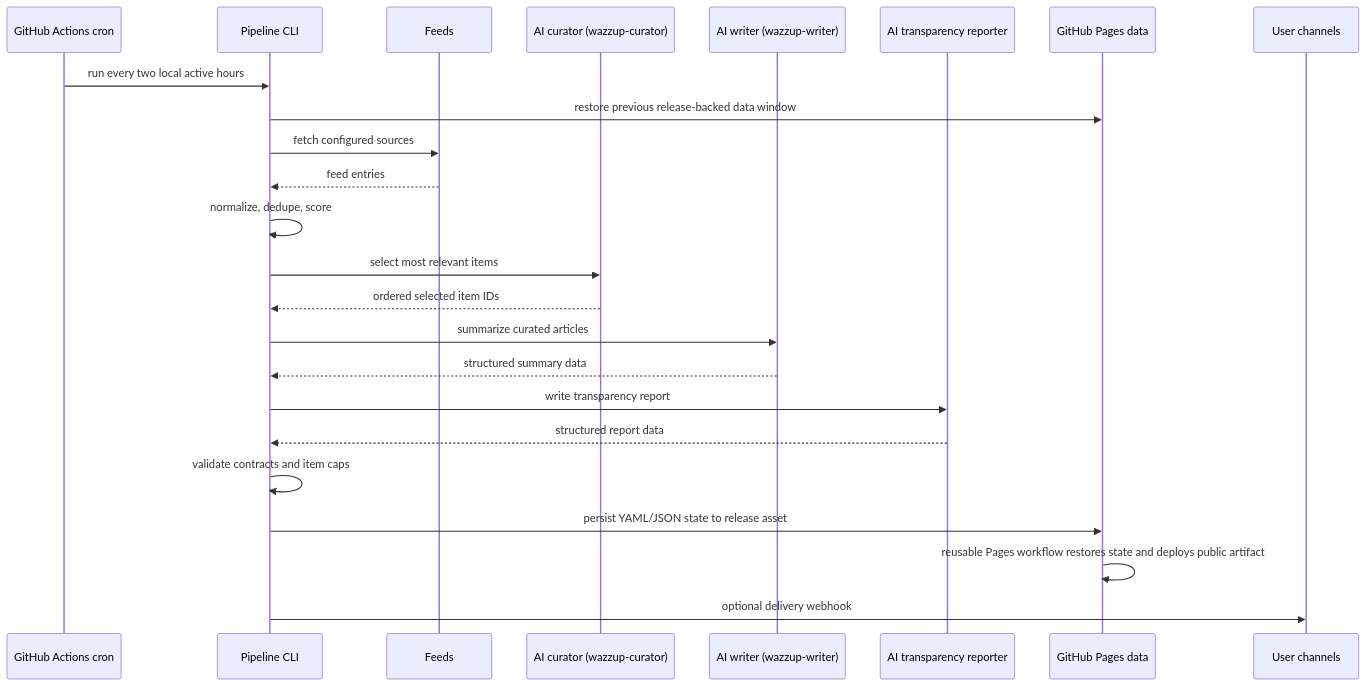
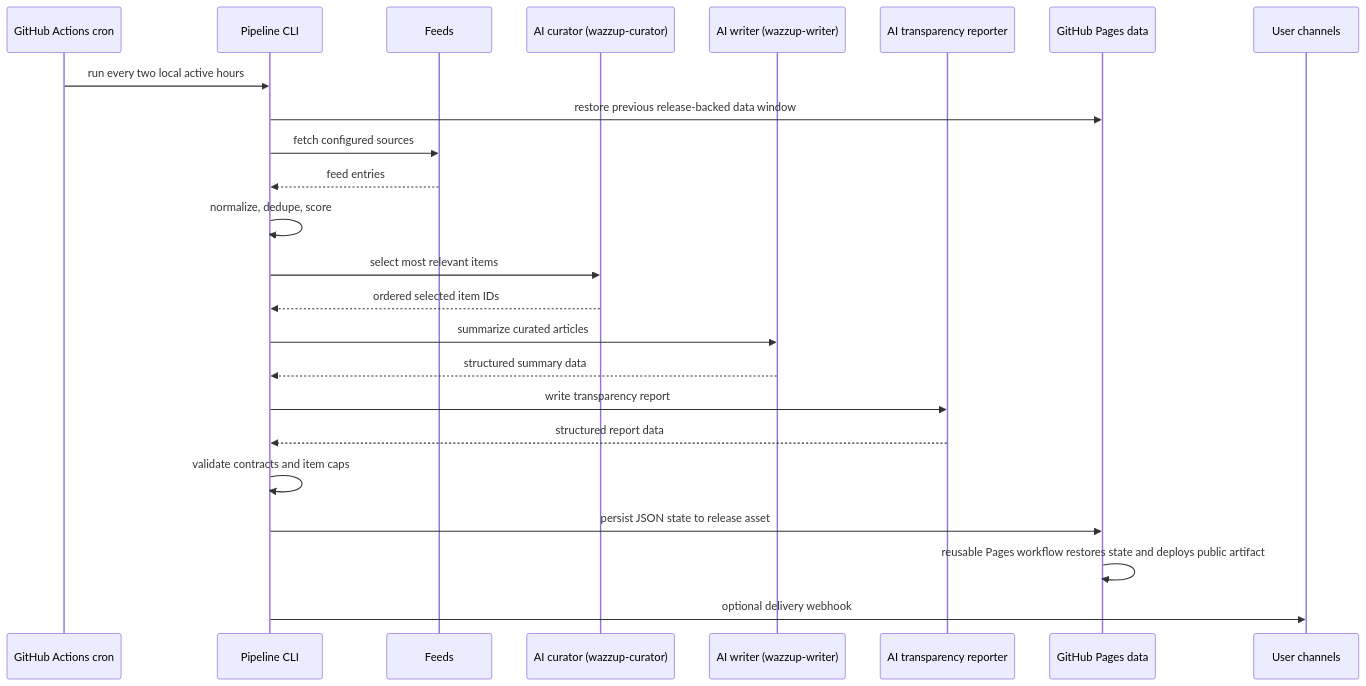
One commit to DevSecNinja/wazzup changed the second of 2 diagrams in docs/architecture.md. Above: the diagram before and after it, drawn with Mermaid. The commit also changed other lines of this file and 23 other files, not shown here.

````diff
--- a/docs/architecture.md
+++ b/docs/architecture.md
@@ -57,27 +57,27 @@
 ```mermaid
 sequenceDiagram
     participant Cron as GitHub Actions cron
     participant CLI as Pipeline CLI
     participant Feeds as Feeds
     participant Curator as AI curator (wazzup-curator)
     participant Writer as AI writer (wazzup-writer)
     participant Reporter as AI transparency reporter
     participant Pages as GitHub Pages data
     participant User as User channels
 
     Cron->>CLI: run every two local active hours
     CLI->>Pages: restore previous release-backed data window
     CLI->>Feeds: fetch configured sources
     Feeds-->>CLI: feed entries
     CLI->>CLI: normalize, dedupe, score
     CLI->>Curator: select most relevant items
     Curator-->>CLI: ordered selected item IDs
     CLI->>Writer: summarize curated articles
     Writer-->>CLI: structured summary data
     CLI->>Reporter: write transparency report
     Reporter-->>CLI: structured report data
     CLI->>CLI: validate contracts and item caps
-    CLI->>Pages: persist YAML/JSON state to release asset
+    CLI->>Pages: persist JSON state to release asset
     Pages->>Pages: reusable Pages workflow restores state and deploys public artifact
     CLI->>User: optional delivery webhook
 ```
````
